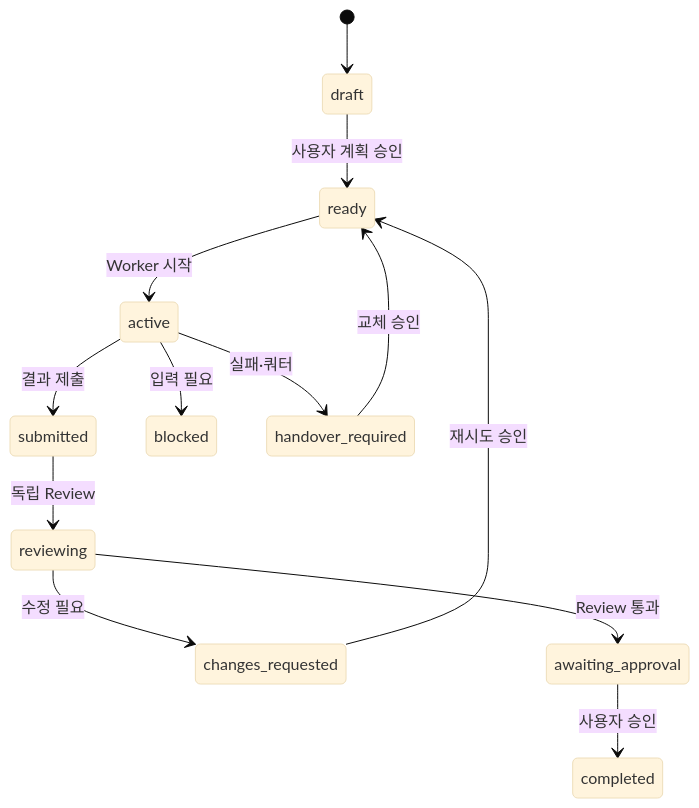
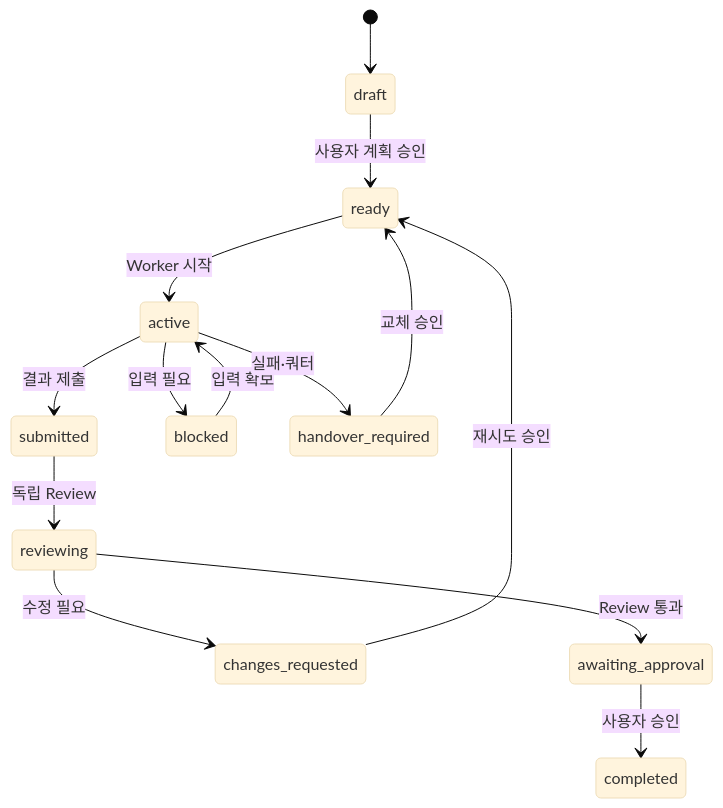
One commit to skysilver1223/herdr-agent-harness changed the second of 2 diagrams in ARCHITECTURE.md. Above: the diagram before and after it, drawn with Mermaid (base theme). The commit also changed other lines of this file and 1 other file, not shown here.

First line of the commit message:
docs: intents/ 디렉터리·Context Packet 구조·blocked 복귀 엣지 반영

````diff
--- a/ARCHITECTURE.md
+++ b/ARCHITECTURE.md
@@ -65,15 +65,16 @@
 ```mermaid
 stateDiagram-v2
     [*] --> draft
     draft --> ready: 사용자 계획 승인
     ready --> active: Worker 시작
     active --> submitted: 결과 제출
     active --> blocked: 입력 필요
+    blocked --> active: 입력 확보
     active --> handover_required: 실패·쿼터
     submitted --> reviewing: 독립 Review
     reviewing --> changes_requested: 수정 필요
     reviewing --> awaiting_approval: Review 통과
     changes_requested --> ready: 재시도 승인
     handover_required --> ready: 교체 승인
     awaiting_approval --> completed: 사용자 승인
 ```
````
